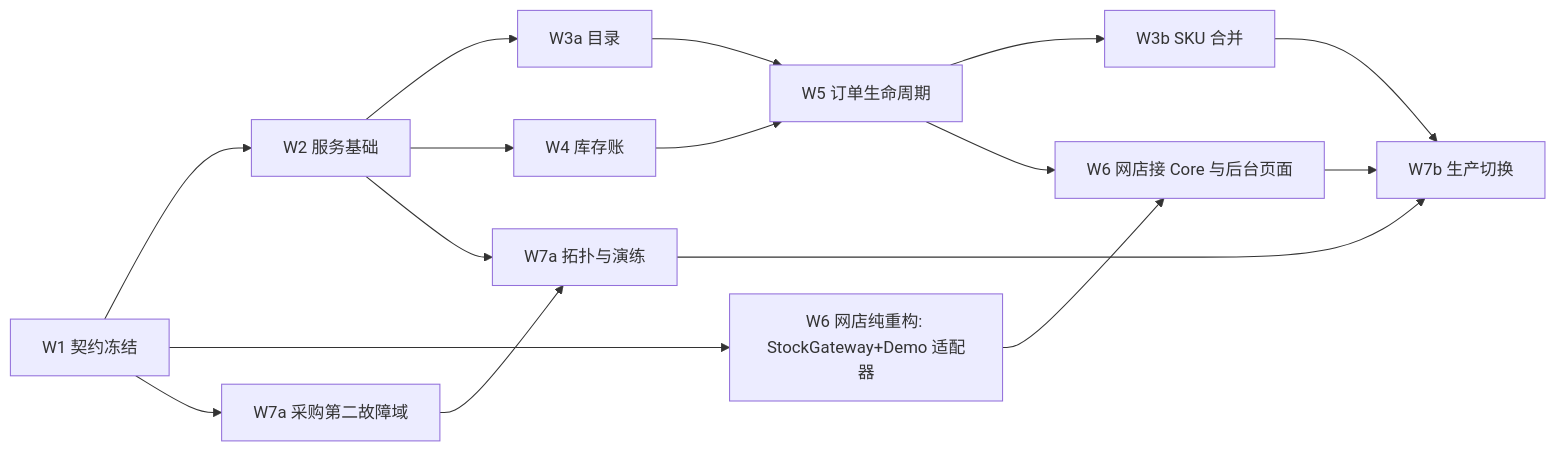
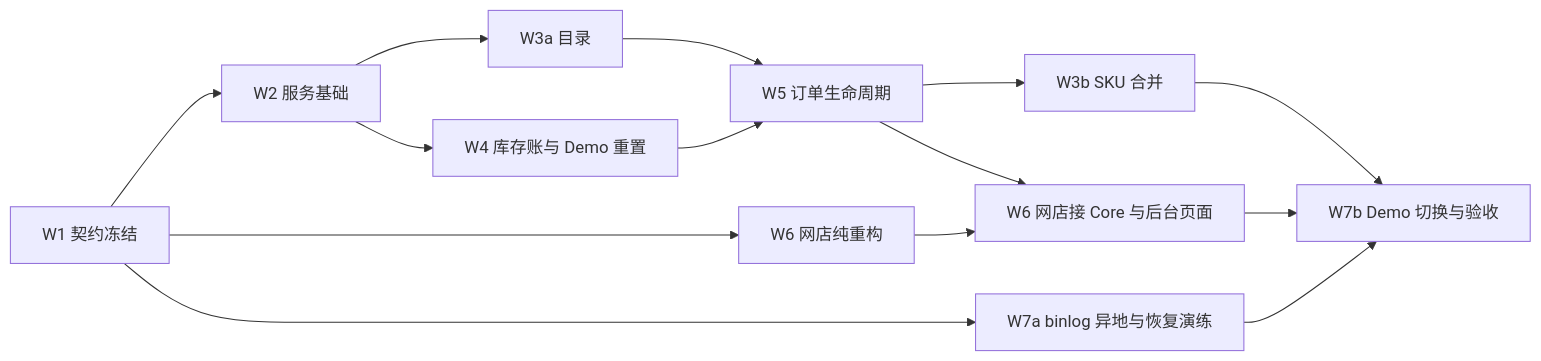
The diagram in docs/ESTIMATE_BREAKDOWN.md (kelvinpang90/acuven_stock_core), drawn with Mermaid before and after one commit. The commit also changed other lines of this file and 5 other files, not shown here.

````diff
--- a/docs/ESTIMATE_BREAKDOWN.md
+++ b/docs/ESTIMATE_BREAKDOWN.md
@@ -28,18 +35,16 @@
 ```mermaid
 flowchart LR
   W1[W1 契约冻结] --> W2[W2 服务基础]
   W2 --> W3a[W3a 目录]
-  W2 --> W4[W4 库存账]
+  W2 --> W4[W4 库存账与 Demo 重置]
   W4 --> W5[W5 订单生命周期]
   W3a --> W5
   W5 --> W3b[W3b SKU 合并]
-  W1 --> W6r[W6 网店纯重构: StockGateway+Demo 适配器]
+  W1 --> W6r[W6 网店纯重构]
   W5 --> W6c[W6 网店接 Core 与后台页面]
   W6r --> W6c
-  W1 --> P[W7a 采购第二故障域]
-  P --> W7a[W7a 拓扑与演练]
-  W2 --> W7a
-  W6c --> W7b[W7b 生产切换]
+  W1 --> W7a[W7a binlog 异地与恢复演练]
+  W6c --> W7b[W7b Demo 切换与验收]
   W3b --> W7b
   W7a --> W7b
 ```
````
